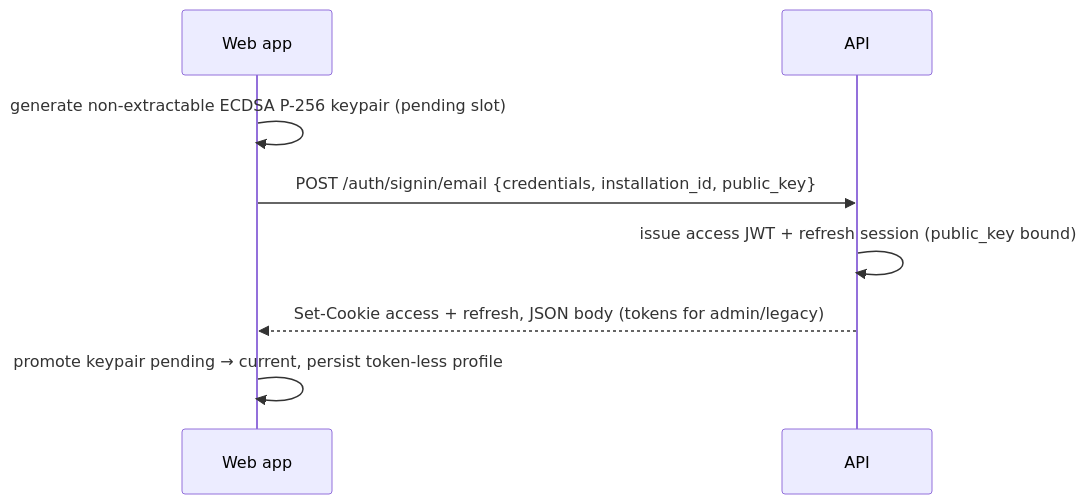
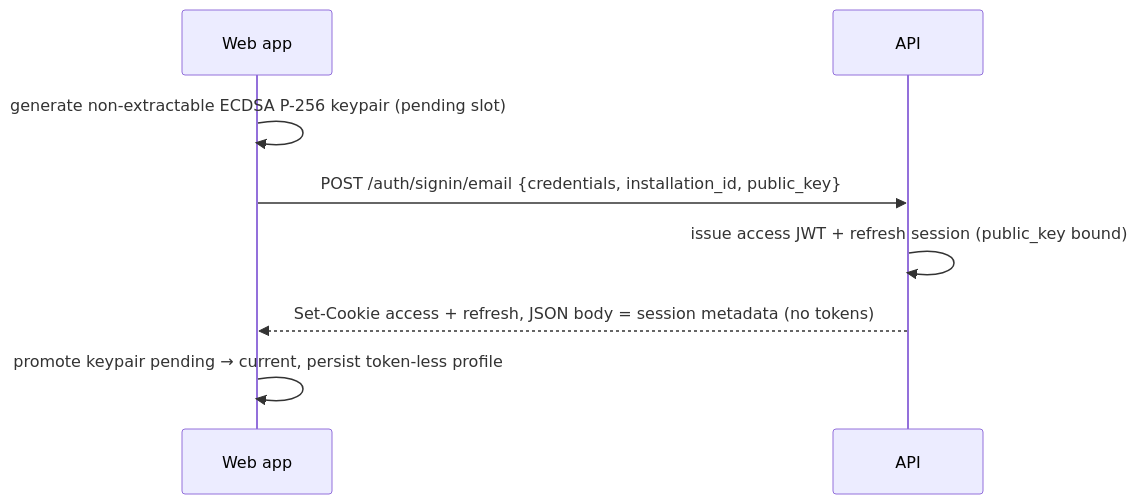
One commit to mbret/oboku changed the first of 2 diagrams in gitbook/development/authentication.md. Above: the diagram before and after it, drawn with Mermaid. The commit also changed other lines of this file, not shown here.

````diff
--- a/gitbook/development/authentication.md
+++ b/gitbook/development/authentication.md
@@ -24,10 +24,10 @@
 ```mermaid
 sequenceDiagram
     participant W as Web app
     participant A as API
     W->>W: generate non-extractable ECDSA P-256 keypair (pending slot)
     W->>A: POST /auth/signin/email {credentials, installation_id, public_key}
     A->>A: issue access JWT + refresh session (public_key bound)
-    A-->>W: Set-Cookie access + refresh, JSON body (tokens for admin/legacy)
+    A-->>W: Set-Cookie access + refresh, JSON body = session metadata (no tokens)
     W->>W: promote keypair pending → current, persist token-less profile
 ```
````
